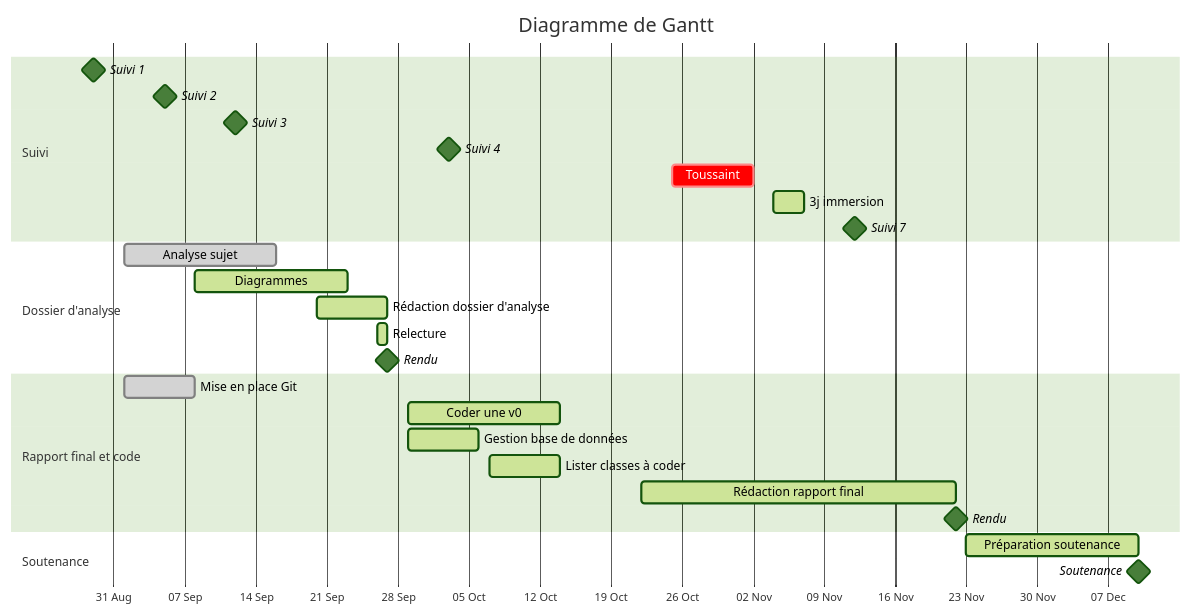
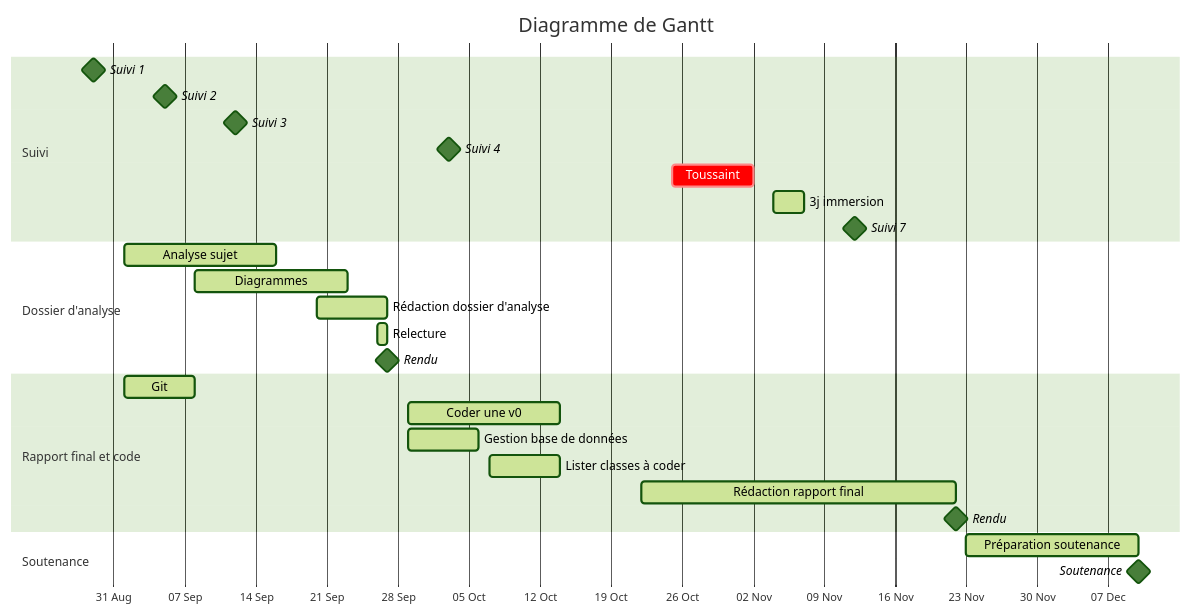
The first of 2 diagrams in doc/diag_gantt.md (bbrunel/ENSAI-2A-projet-info), drawn with Mermaid (forest theme) before and after one commit.

Commit message:
Gantt done/active

````diff
--- a/doc/diag_gantt.md
+++ b/doc/diag_gantt.md
@@ -2,37 +2,37 @@
 ```mermaid
 gantt
     %% doc : https://mermaid-js.github.io/mermaid/#/./gantt
     dateFormat  YYYY-MM-DD
     axisFormat  %d %b
     title       Diagramme de Gantt
     %%excludes  YYYY-MM-DD and/or sunday and/or weekends 
      
     section Suivi
     Suivi 1                      :milestone, 2025-08-29,
     Suivi 2                      :milestone, 2025-09-05,
     Suivi 3                      :milestone, 2025-09-12,
     Suivi 4                      :milestone, 2025-10-03,
     Toussaint                    :crit,    2025-10-25, 2025-11-02
     3j immersion                 :active,    2025-11-04, 3d
     Suivi 7                      :milestone, 2025-11-17
 
     section Dossier d'analyse
-    Analyse sujet                :done,      2025-09-01, 15d
+    Analyse sujet                :active,      2025-09-01, 15d
     Diagrammes                   :active,    2025-09-08, 15d
     Rédaction dossier d'analyse  :active,    2025-09-20, 2025-09-27
     Relecture                    :active,    2025-09-26, 2025-09-27
     Rendu                        :milestone, 2025-09-27,
     
     section Rapport final et code
-    Mise en place Git            :done,      2025-09-01, 7d
+    Git                          :active,      2025-09-01, 7d
     Coder une v0                 :active,    2025-09-29, 15d
     Gestion base de données      :active,    2025-09-29, 7d
     Lister classes à coder       :active,    2025-10-07, 7d
     Rédaction rapport final      :active,    2025-10-22, 2025-11-22
-    Rendu                         :milestone, 2025-11-22,
+    Rendu                        :milestone, 2025-11-22,
 
     section Soutenance
     Préparation soutenance       :active,    2025-11-23, 2025-12-10
     Soutenance                   :milestone, 2025-12-10,
 
 ```
````
